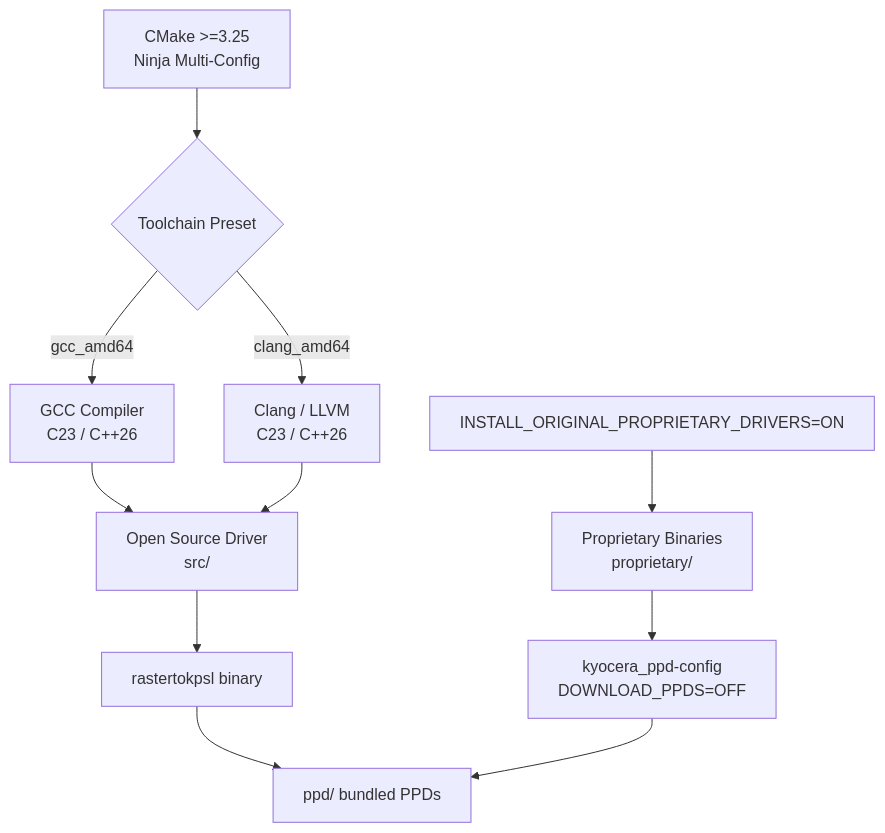
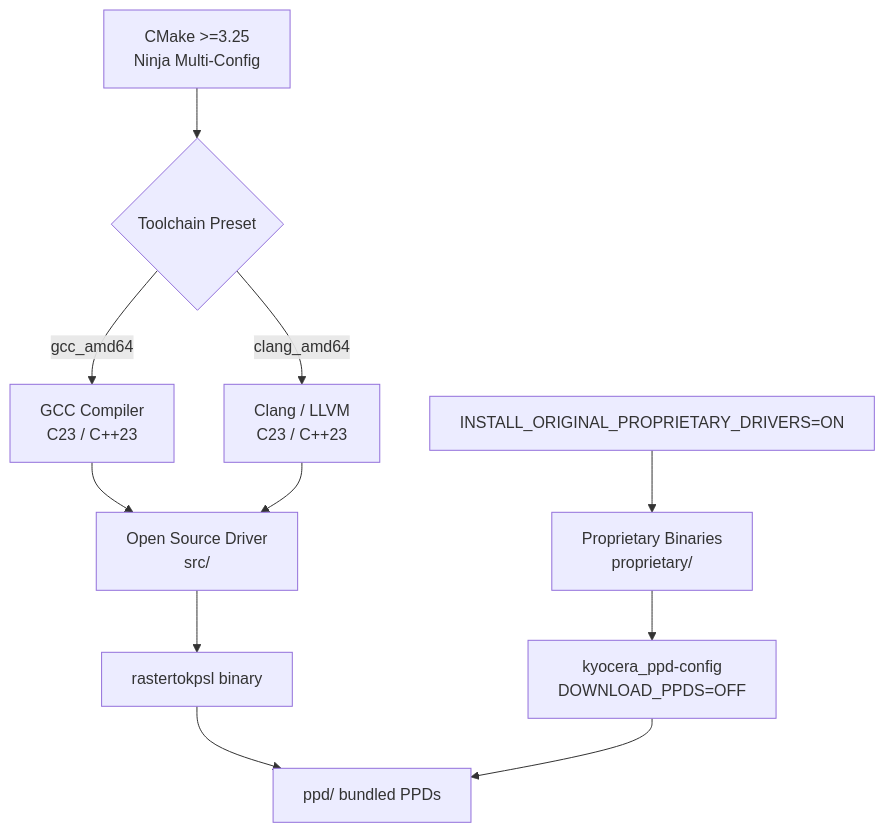
The second of 2 diagrams in readme.md (e-gleba/kyocera-drivers), drawn with Mermaid before and after one commit. The commit also changed other lines of this file and 5 other files, not shown here.

````diff
--- a/readme.md
+++ b/readme.md
@@ -77,13 +77,13 @@
 ```mermaid
 flowchart TD
     A[CMake >=3.25<br>Ninja Multi-Config] --> B{Toolchain Preset}
-    B -->|gcc_amd64| C[GCC Compiler<br>C23 / C++26]
-    B -->|clang_amd64| D[Clang / LLVM<br>C23 / C++26]
+    B -->|gcc_amd64| C[GCC Compiler<br>C23 / C++23]
+    B -->|clang_amd64| D[Clang / LLVM<br>C23 / C++23]
     C --> E[Open Source Driver<br>src/]
     D --> E
     E --> F[rastertokpsl binary]
     F --> G[ppd/ bundled PPDs]
     H[Proprietary Binaries<br>proprietary/] --> I[kyocera_ppd-config<br>DOWNLOAD_PPDS=OFF]
     I --> G
     J[INSTALL_ORIGINAL_PROPRIETARY_DRIVERS=ON] --> H
 ```
````
